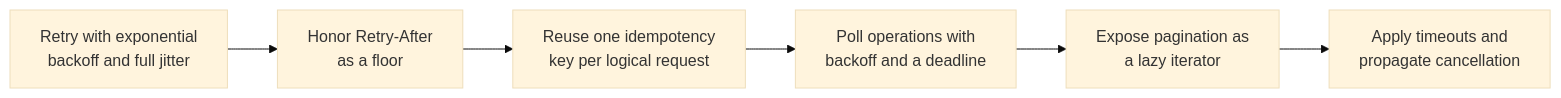
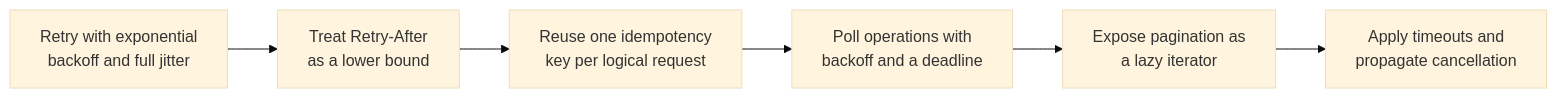
The fourth of 5 diagrams in systems_design/03-gpu-cloud-control-plane.md (arpanpathak/cracking-the-systems-programming-interview), drawn with Mermaid (base theme) before and after one commit. The commit also changed other lines of this file and 5 other files, not shown here.

````diff
--- a/systems_design/03-gpu-cloud-control-plane.md
+++ b/systems_design/03-gpu-cloud-control-plane.md
@@ -145,8 +145,8 @@
 ```mermaid
 flowchart LR
-    A["Retry with exponential<br/>backoff and full jitter"] --> B["Honor Retry-After<br/>as a floor"]
+    A["Retry with exponential<br/>backoff and full jitter"] --> B["Treat Retry-After<br/>as a lower bound"]
     B --> C["Reuse one idempotency<br/>key per logical request"]
     C --> D["Poll operations with<br/>backoff and a deadline"]
     D --> E["Expose pagination as<br/>a lazy iterator"]
     E --> F["Apply timeouts and<br/>propagate cancellation"]
 ```
````
